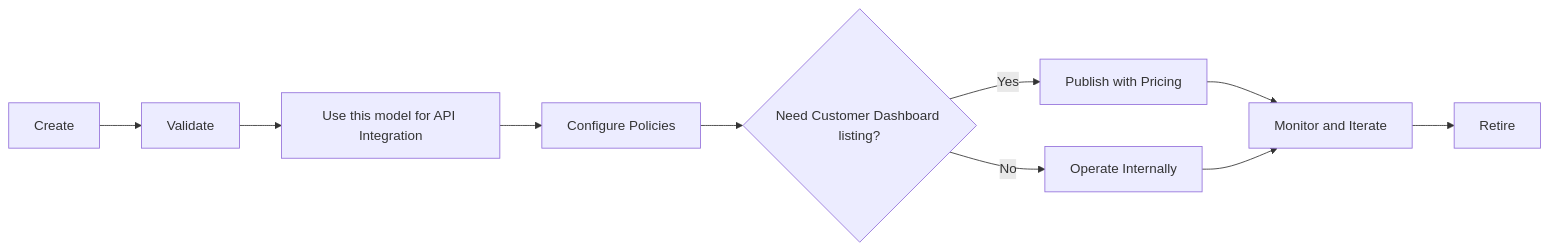
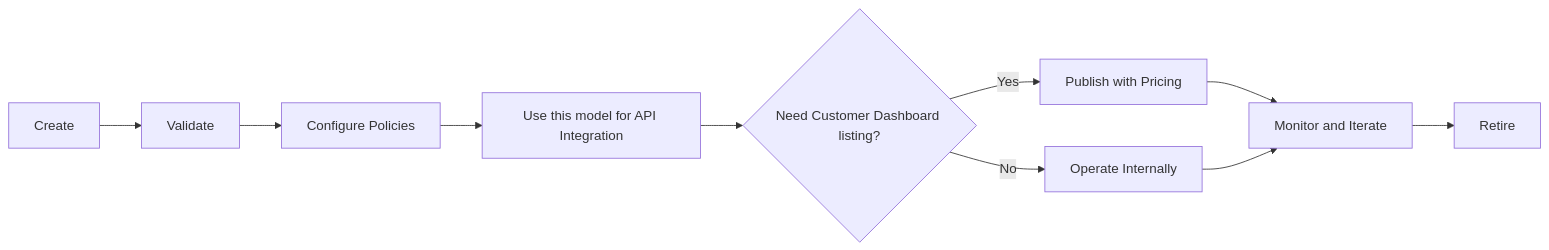
The diagram in docs/deployments/guides/deployment-lifecycle-management.mdx (BudEcosystem/bud-runtime), drawn with Mermaid before and after one commit.

Commit message:
Reorder steps in deployment lifecycle flowchart

````diff
--- a/docs/deployments/guides/deployment-lifecycle-management.mdx
+++ b/docs/deployments/guides/deployment-lifecycle-management.mdx
@@ -12,12 +12,12 @@
 ```mermaid
 flowchart LR
     A[Create] --> B[Validate]
-    B --> C[Use this model for API Integration]
-    C --> D[Configure Policies]
+    B --> C[Configure Policies]
+    C --> D[Use this model for API Integration]
     D --> E{Need Customer Dashboard listing?}
     E -->|Yes| F[Publish with Pricing]
     E -->|No| G[Operate Internally]
     F --> H[Monitor and Iterate]
     G --> H
     H --> I[Retire]
 ```
````
